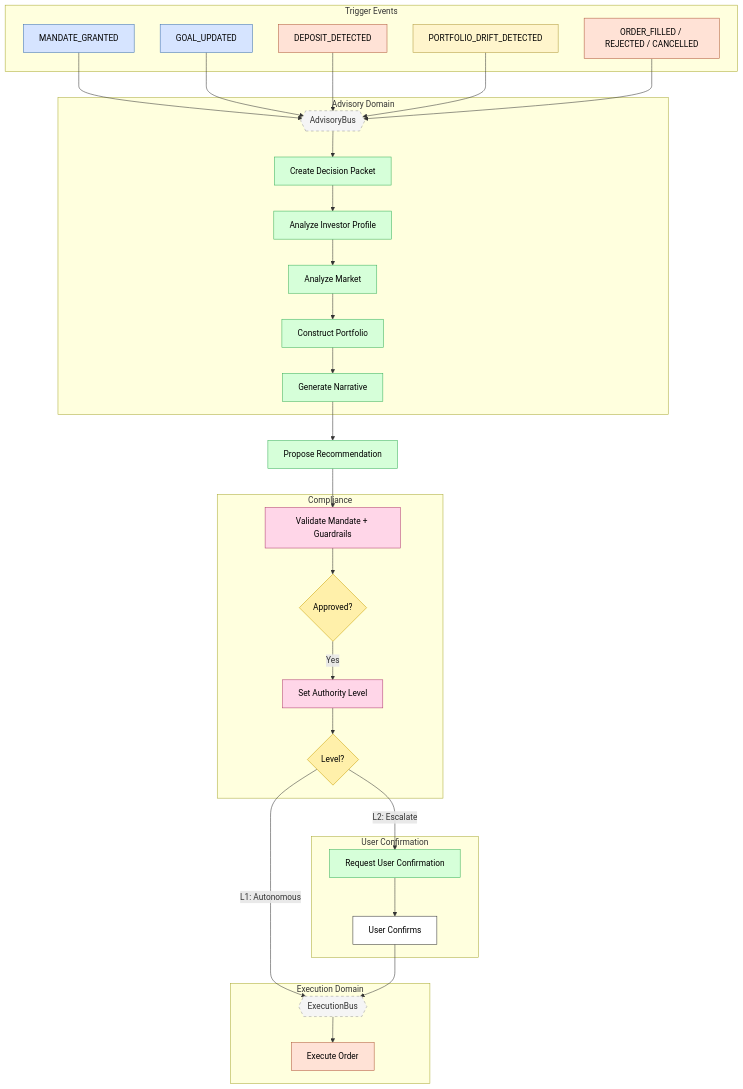
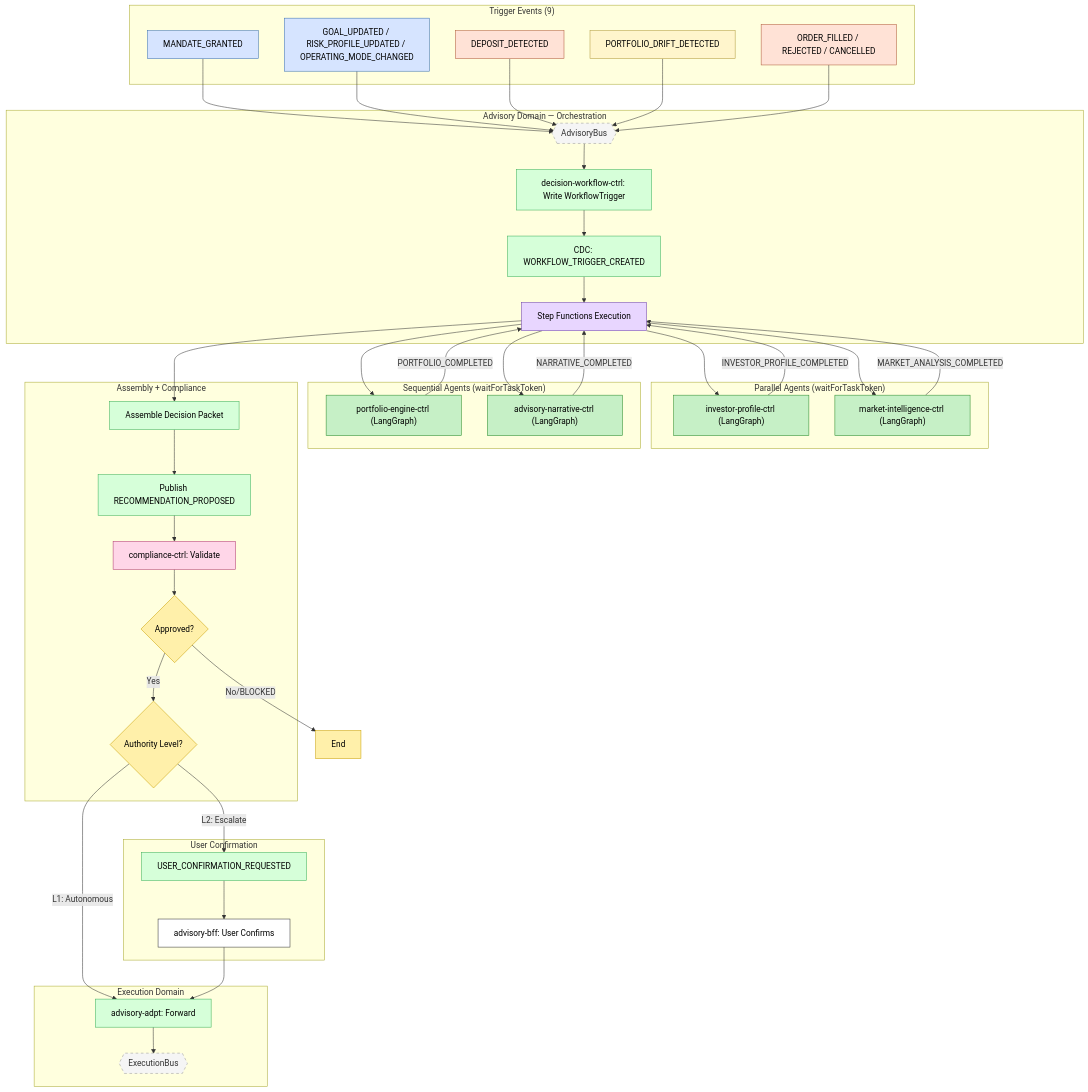
The diagram in docs/data-flows/06-advisory-decision-cycle.md (fabio-vitali/nestfolio), drawn with Mermaid before and after one commit. The commit also changed other lines of this file and 165 other files, not shown here.

First line of the commit message:
refactor: rename onboarding-agent-bff to onboarding-bff

````diff
--- a/docs/data-flows/06-advisory-decision-cycle.md
+++ b/docs/data-flows/06-advisory-decision-cycle.md
@@ -9,50 +11,63 @@
 ```mermaid
 flowchart TB
-    subgraph subGraph0["Trigger Events"]
+    subgraph subGraph0["Trigger Events (9)"]
         T1["MANDATE_GRANTED"]
-        T2["GOAL_UPDATED"]
+        T2["GOAL_UPDATED / RISK_PROFILE_UPDATED / OPERATING_MODE_CHANGED"]
         T3["DEPOSIT_DETECTED"]
         T4["PORTFOLIO_DRIFT_DETECTED"]
         T5["ORDER_FILLED / REJECTED / CANCELLED"]
     end
-    subgraph subGraph1["Advisory Domain"]
+    subgraph subGraph1["Advisory Domain — Orchestration"]
         AB{{"AdvisoryBus"}}
-        A1["Create Decision Packet"]
-        A2["Analyze Investor Profile"]
-        A3["Analyze Market"]
-        A4["Construct Portfolio"]
-        A5["Generate Narrative"]
+        DW["decision-workflow-ctrl: Write WorkflowTrigger"]
+        CDC1["CDC: WORKFLOW_TRIGGER_CREATED"]
+        SF["Step Functions Execution"]
     end
-    subgraph subGraph2["Compliance"]
-        C1["Validate Mandate + Guardrails"]
+    subgraph subGraph2["Parallel Agents (waitForTaskToken)"]
+        A1["investor-profile-ctrl (LangGraph)"]
+        A2["market-intelligence-ctrl (LangGraph)"]
+    end
+    subgraph subGraph3["Sequential Agents (waitForTaskToken)"]
+        A3["portfolio-engine-ctrl (LangGraph)"]
+        A4["advisory-narrative-ctrl (LangGraph)"]
+    end
+    subgraph subGraph4["Assembly + Compliance"]
+        A5["Assemble Decision Packet"]
+        A6["Publish RECOMMENDATION_PROPOSED"]
+        C1["compliance-ctrl: Validate"]
         C2{"Approved?"}
-        C3["Set Authority Level"]
-        C4{"Level?"}
+        C3{"Authority Level?"}
     end
-    subgraph subGraph3["User Confirmation"]
-        U1["Request User Confirmation"]
-        U2["User Confirms"]
+    subgraph subGraph5["User Confirmation"]
+        U1["USER_CONFIRMATION_REQUESTED"]
+        U2["advisory-bff: User Confirms"]
     end
-    subgraph subGraph4["Execution Domain"]
+    subgraph subGraph6["Execution Domain"]
         EB{{"ExecutionBus"}}
-        E1["Execute Order"]
+        E1["advisory-adpt: Forward"]
     end
     T1 & T2 & T3 & T4 & T5 --> AB
-    AB --> A1
-    A1 --> A2
-    A2 --> A3
-    A3 --> A4
-    A4 --> A5
-    A5 --> A6["Propose Recommendation"]
+    AB --> DW
+    DW --> CDC1
+    CDC1 --> SF
+    SF --> A1 & A2
+    A1 -->|INVESTOR_PROFILE_COMPLETED| SF
+    A2 -->|MARKET_ANALYSIS_COMPLETED| SF
+    SF --> A3
+    A3 -->|PORTFOLIO_COMPLETED| SF
+    SF --> A4
+    A4 -->|NARRATIVE_COMPLETED| SF
+    SF --> A5
+    A5 --> A6
     A6 --> C1
     C1 --> C2
     C2 -- Yes --> C3
-    C3 --> C4
-    C4 -- "L1: Autonomous" --> EB
-    C4 -- "L2: Escalate" --> U1
+    C2 -- No/BLOCKED --> END1["End"]
+    C3 -- "L1: Autonomous" --> E1
+    C3 -- "L2: Escalate" --> U1
     U1 --> U2
-    U2 --> EB
-    EB --> E1
+    U2 --> E1
+    E1 --> EB
 
     T1:::investor
     T2:::investor
@@ -60,20 +75,23 @@
     T4:::ledger
     T5:::execution
     AB:::bus
-    A1:::advisory
-    A2:::advisory
-    A3:::advisory
-    A4:::advisory
+    DW:::advisory
+    CDC1:::advisory
+    SF:::orchestrator
+    A1:::agent
+    A2:::agent
+    A3:::agent
+    A4:::agent
     A5:::advisory
     A6:::advisory
     C1:::compliance
     C2:::decision
-    C3:::compliance
-    C4:::decision
+    C3:::decision
     U1:::advisory
     U2:::user
     EB:::bus
-    E1:::execution
+    E1:::advisory
+    END1:::decision
     classDef investor fill:#D6E4FF,stroke:#3A6FB0,color:#000
     classDef execution fill:#FFE2D6,stroke:#B05A3A,color:#000
     classDef advisory fill:#D6FFD9,stroke:#3AB05A,color:#000
@@ -82,4 +100,6 @@
     classDef bus fill:#F5F5F5,stroke:#999,stroke-dasharray:5 5
     classDef decision fill:#FFF0AA,stroke:#C9A000,color:#000
     classDef user fill:#FFF,stroke:#333,color:#000
+    classDef orchestrator fill:#E8D6FF,stroke:#6A3AB0,color:#000
+    classDef agent fill:#C6F0C6,stroke:#2A8A2A,color:#000
 ```
````
